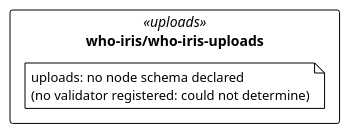
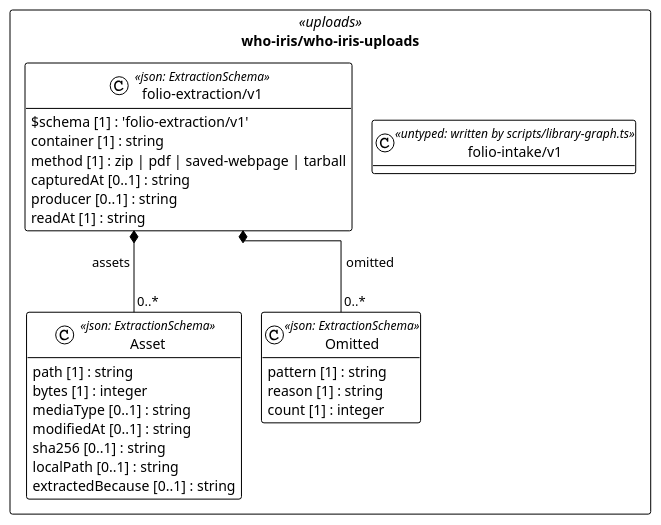
One commit to litlfred/folio-assistant changed the diagram in cat-harness/uml/overview/who-iris/who-iris-uploads.puml. Above: the diagram before and after it, drawn with PlantUML. The commit also changed 220 other files, not shown here.

First line of the commit message:
quda: register node schemas for the graph kinds that had none

```diff
--- a/cat-harness/uml/overview/who-iris/who-iris-uploads.puml
+++ b/cat-harness/uml/overview/who-iris/who-iris-uploads.puml
@@ -3,13 +3,38 @@
 @startuml who_iris_who_iris_uploads
 !pragma layout elk
 !theme plain
 skinparam classAttributeIconSize 0
 skinparam shadowing false
 skinparam packageStyle rectangle
 hide empty methods
 
 package "who-iris/who-iris-uploads" as pkg_who_iris_who_iris_uploads <<uploads>> {
-  note "uploads: no node schema declared\n(no validator registered: could not determine)" as n_who_iris_who_iris_uploads_uploads
+  class "Asset" as who_iris_who_iris_uploads_folio_extraction_v1_Asset <<json: ExtractionSchema>> {
+    path [1] : string
+    bytes [1] : integer
+    mediaType [0..1] : string
+    modifiedAt [0..1] : string
+    sha256 [0..1] : string
+    localPath [0..1] : string
+    extractedBecause [0..1] : string
+  }
+  class "Omitted" as who_iris_who_iris_uploads_folio_extraction_v1_Omitted <<json: ExtractionSchema>> {
+    pattern [1] : string
+    reason [1] : string
+    count [1] : integer
+  }
+  class "folio-extraction/v1" as who_iris_who_iris_uploads_folio_extraction_v1_folio_extraction_v1 <<json: ExtractionSchema>> {
+    $schema [1] : 'folio-extraction/v1'
+    container [1] : string
+    method [1] : zip | pdf | saved-webpage | tarball
+    capturedAt [0..1] : string
+    producer [0..1] : string
+    readAt [1] : string
+  }
+  class "folio-intake/v1" as who_iris_who_iris_uploads_folio_intake_v1 <<untyped: written by scripts/library-graph.ts>> {
+  }
 }
 
+who_iris_who_iris_uploads_folio_extraction_v1_folio_extraction_v1 *-- "0..*" who_iris_who_iris_uploads_folio_extraction_v1_Asset : assets
+who_iris_who_iris_uploads_folio_extraction_v1_folio_extraction_v1 *-- "0..*" who_iris_who_iris_uploads_folio_extraction_v1_Omitted : omitted
 @enduml
```
